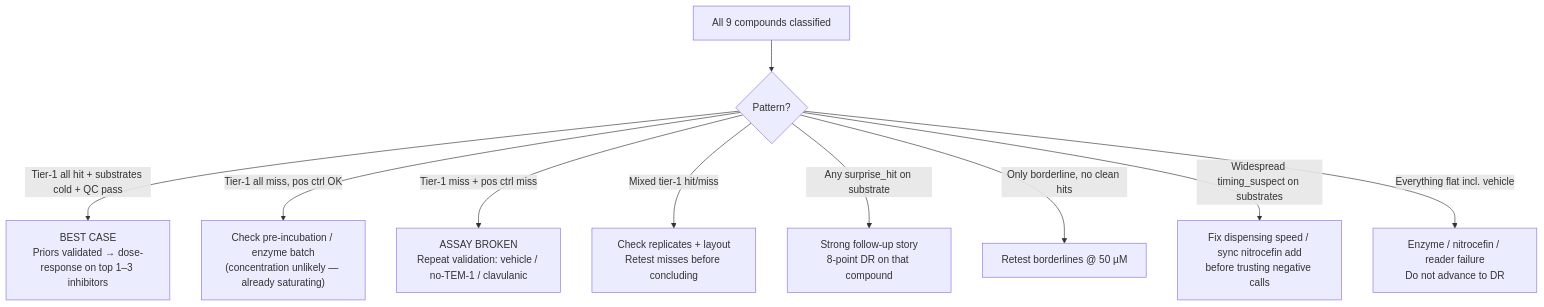
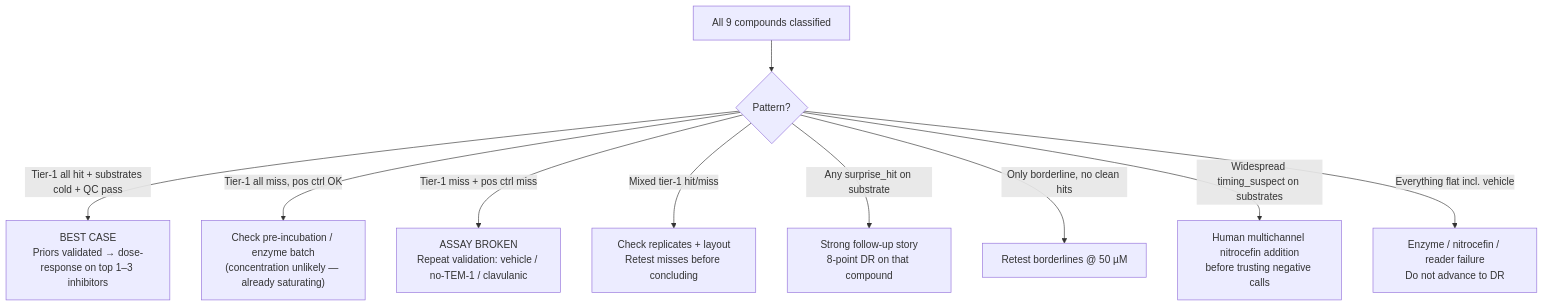
The seventh of 7 diagrams in pvjthomas/runs/2/v5/run2_decision_tree.md (pvjthomas/beta-loop), drawn with Mermaid before and after one commit. The commit also changed other lines of this file and 32 other files, not shown here.

````diff
--- a/pvjthomas/runs/2/v5/run2_decision_tree.md
+++ b/pvjthomas/runs/2/v5/run2_decision_tree.md
@@ -403,13 +403,13 @@
 ```mermaid
 flowchart TD
     DONE[All 9 compounds classified] --> O{Pattern?}
 
     O -->|Tier-1 all hit + substrates cold + QC pass| BEST["BEST CASE<br/>Priors validated → dose-response on top 1–3 inhibitors"]
     O -->|Tier-1 all miss, pos ctrl OK| CONC["Check pre-incubation / enzyme batch<br/>(concentration unlikely — already saturating)"]
     O -->|Tier-1 miss + pos ctrl miss| DEBUG["ASSAY BROKEN<br/>Repeat validation: vehicle / no-TEM-1 / clavulanic"]
     O -->|Mixed tier-1 hit/miss| MIX["Check replicates + layout<br/>Retest misses before concluding"]
     O -->|Any surprise_hit on substrate| SURP["Strong follow-up story<br/>8-point DR on that compound"]
     O -->|Only borderline, no clean hits| RET["Retest borderlines @ 50 µM"]
-    O -->|Widespread timing_suspect on substrates| STAG["Fix dispensing speed / sync nitrocefin add<br/>before trusting negative calls"]
+    O -->|Widespread timing_suspect on substrates| HMNA["Human multichannel nitrocefin addition<br/>before trusting negative calls"]
     O -->|Everything flat incl. vehicle| DEAD["Enzyme / nitrocefin / reader failure<br/>Do not advance to DR"]
 ```
````
